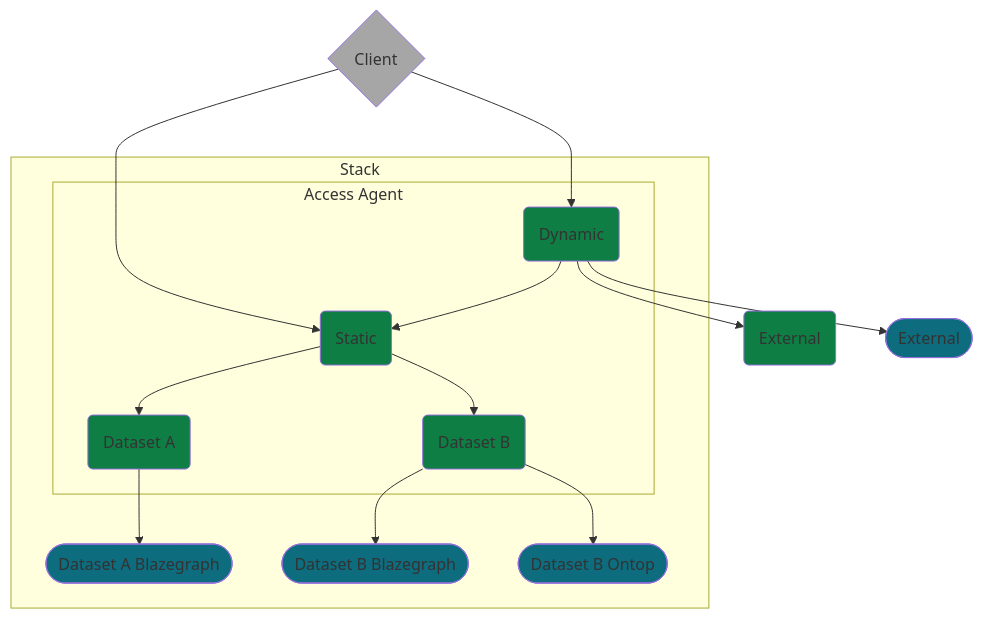
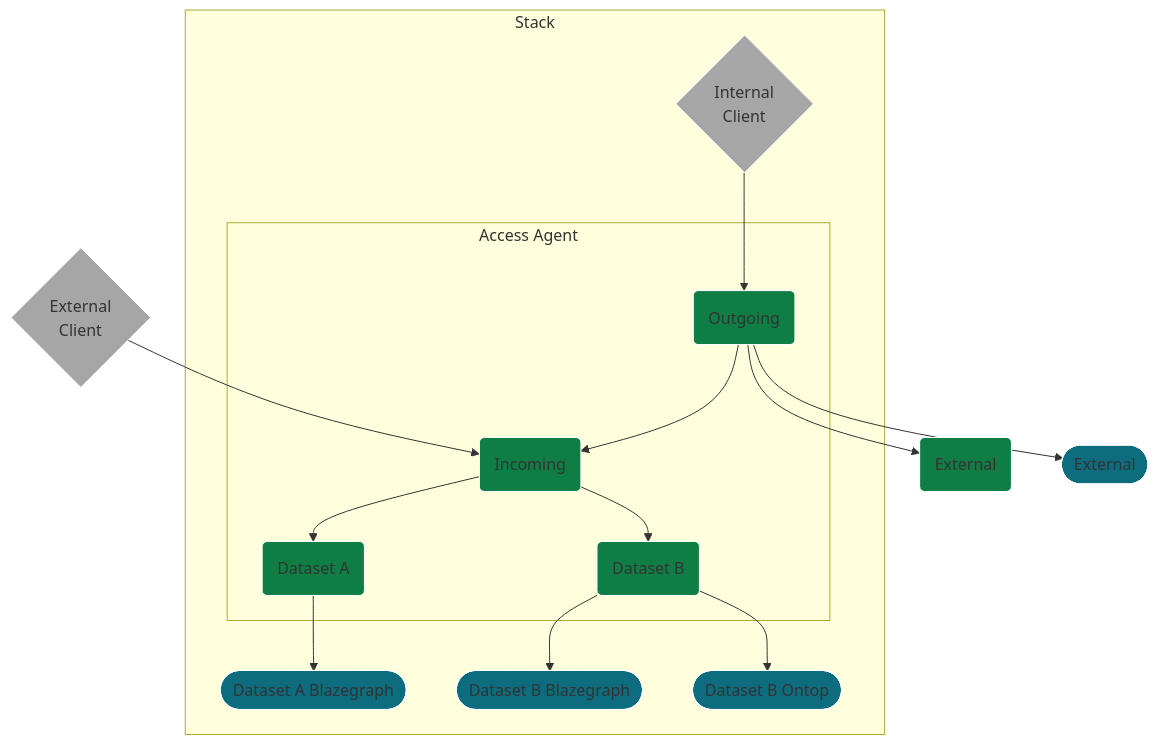
The first of 2 diagrams in README.md (TheWorldAvatar/Access-Agent), drawn with Mermaid before and after one commit. The commit also changed other lines of this file, not shown here.

Commit message:
updated language to reflect incoming and outgoing endpoints

````diff
--- a/README.md
+++ b/README.md
@@ -25,33 +30,38 @@
 ```mermaid
 graph TB
-    client{Client} --> static("Static")
-    client --> dynamic("Dynamic")
+    ex_client{"External
+    Client"}
+    ex_client --> incoming("Incoming")
     subgraph Stack
         subgraph "Access Agent"
-            dynamic --> static
-            static --> DA(Dataset A)
-            static --> DB(Dataset B)
+            outgoing("Outgoing") --> incoming
+            incoming --> DA(Dataset A)
+            incoming --> DB(Dataset B)
         end
         DA --> DAB([Dataset A Blazegraph])
         DB --> DBB([Dataset B Blazegraph])
         DB --> DBO([Dataset B Ontop])
+        in_client{"Internal
+        Client"}
+        in_client --> outgoing
     end
-    dynamic --> externalfed("External")
-    dynamic --> externalnonfed(["External"])
+    outgoing --> externalfed("External")
+    outgoing --> externalnonfed(["External"])
 
-    style client fill:#a6a6a6
+    style ex_client fill:#a6a6a6, stroke:#ffffff
+    style in_client fill:#a6a6a6, stroke:#ffffff
 
-    style dynamic fill:#0e7e44
-    style static fill:#0e7e44
+    style outgoing fill:#0e7e44, stroke:#ffffff
+    style incoming fill:#0e7e44, stroke:#ffffff
 
-    style DA fill:#0e7e44
-    style DB fill:#0e7e44
+    style DA fill:#0e7e44, stroke:#ffffff
+    style DB fill:#0e7e44, stroke:#ffffff
 
 
-    style DAB fill:#0d6c7e
-    style DBB fill:#0d6c7e
-    style DBO fill:#0d6c7e
+    style DAB fill:#0d6c7e, stroke:#ffffff
+    style DBB fill:#0d6c7e, stroke:#ffffff
+    style DBO fill:#0d6c7e, stroke:#ffffff
     
-    style externalfed fill:#0e7e44
-    style externalnonfed fill:#0d6c7e
+    style externalfed fill:#0e7e44, stroke:#ffffff
+    style externalnonfed fill:#0d6c7e, stroke:#ffffff
 ```
````
